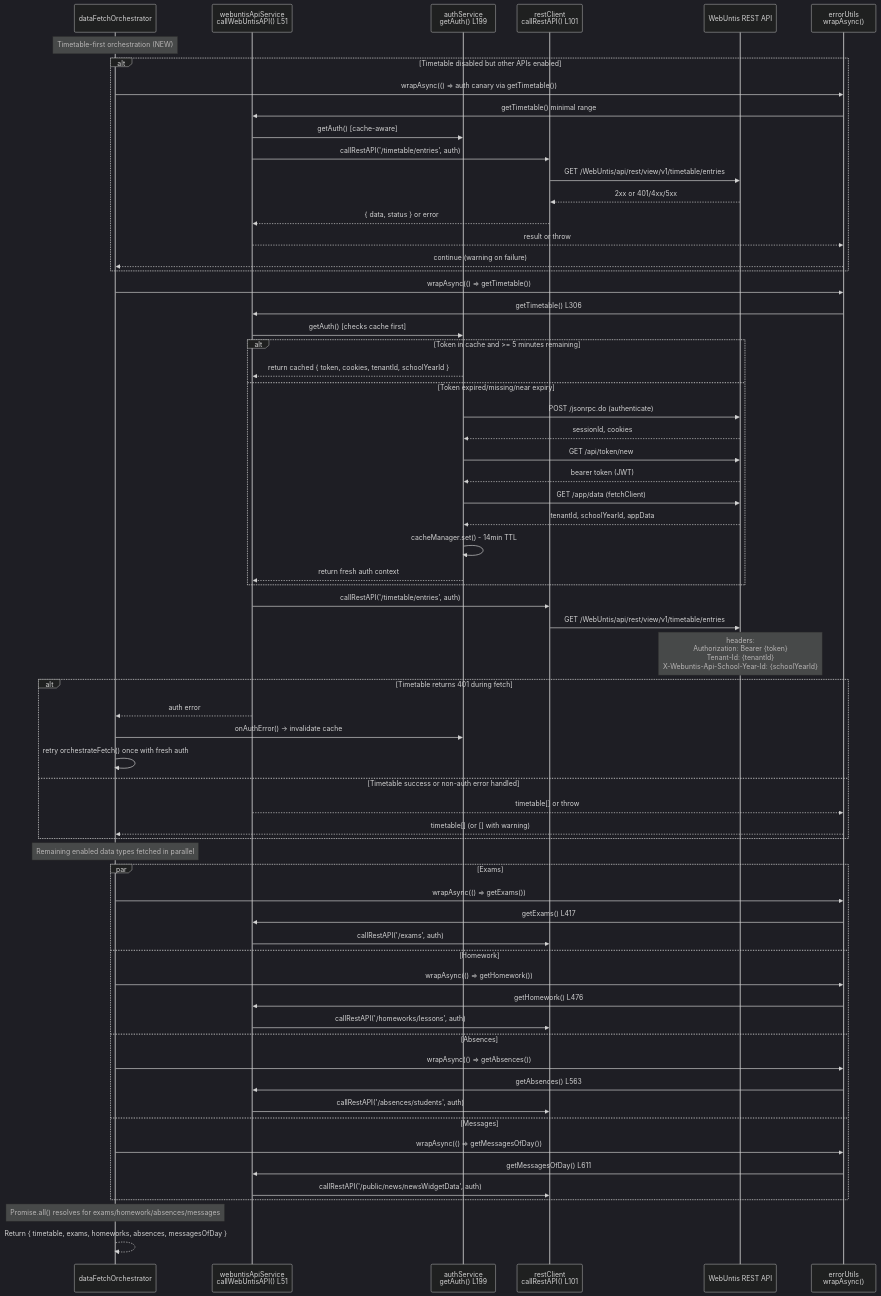
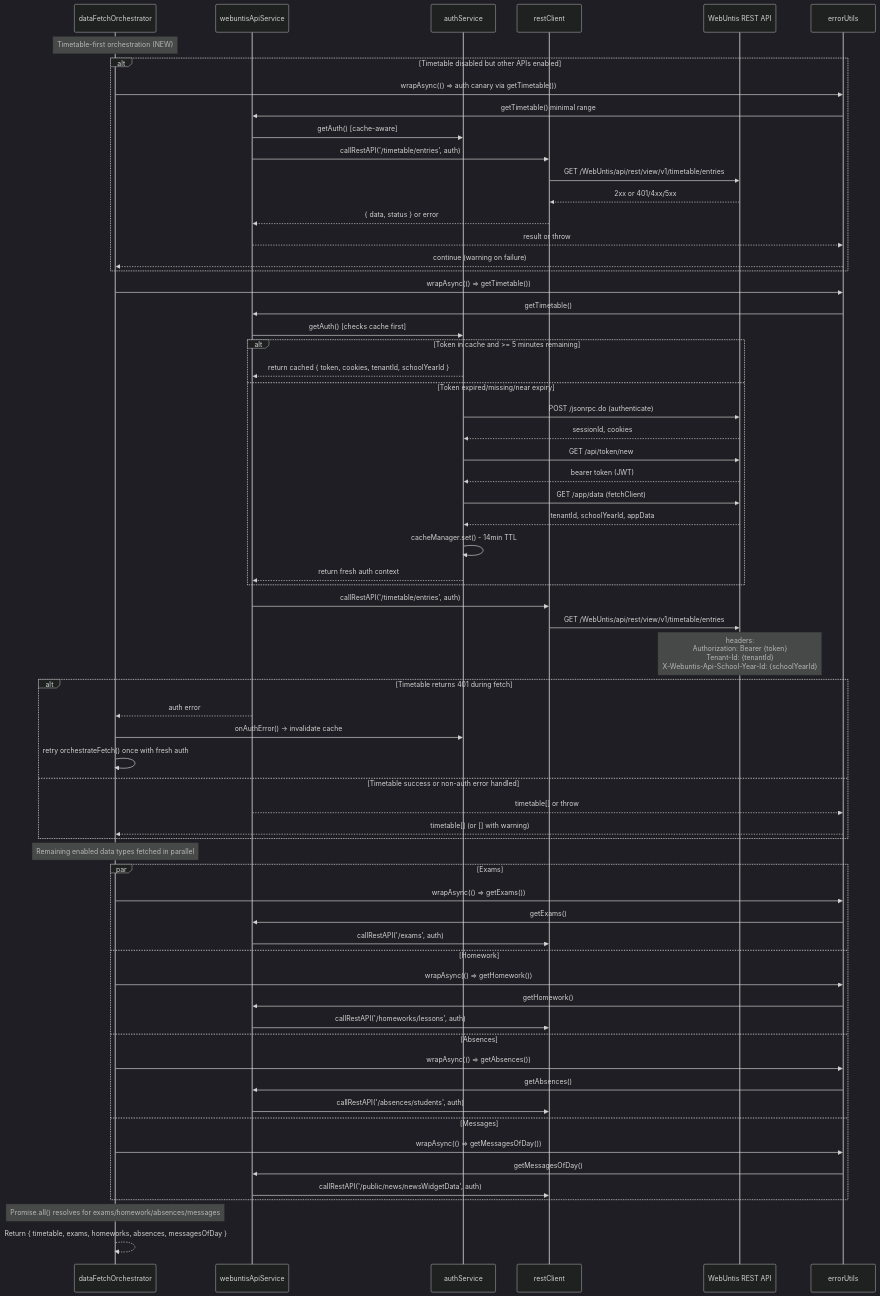
One commit to HeikoGr/MMM-Webuntis changed the sixth of 13 diagrams in docs/ARCHITECTURE.md. Above: the diagram before and after it, drawn with Mermaid (dark theme). The commit also changed other lines of this file and 41 other files, not shown here.

````diff
--- a/docs/ARCHITECTURE.md
+++ b/docs/ARCHITECTURE.md
@@ -585,75 +582,75 @@
 ```mermaid
 sequenceDiagram
     participant Orch as dataFetchOrchestrator
-    participant API as webuntisApiService<br/>callWebUntisAPI() L51
-    participant Auth as authService<br/>getAuth() L199
-    participant RC as restClient<br/>callRestAPI() L101
+    participant API as webuntisApiService
+    participant Auth as authService
+    participant RC as restClient
     participant REST as WebUntis REST API
-    participant ErrUtils as errorUtils<br/>wrapAsync()
+    participant ErrUtils as errorUtils
 
     Note over Orch: Timetable-first orchestration (NEW)
 
     alt Timetable disabled but other APIs enabled
         Orch->>ErrUtils: wrapAsync(() => auth canary via getTimetable())
         ErrUtils->>API: getTimetable() minimal range
         API->>Auth: getAuth() [cache-aware]
         API->>RC: callRestAPI('/timetable/entries', auth)
         RC->>REST: GET /WebUntis/api/rest/view/v1/timetable/entries
         REST-->>RC: 2xx or 401/4xx/5xx
         RC-->>API: { data, status } or error
         API-->>ErrUtils: result or throw
         ErrUtils-->>Orch: continue (warning on failure)
     end
 
     Orch->>ErrUtils: wrapAsync(() => getTimetable())
-    ErrUtils->>API: getTimetable() L306
+    ErrUtils->>API: getTimetable()
     API->>Auth: getAuth() [checks cache first]
 
     alt Token in cache and >= 5 minutes remaining
         Auth-->>API: return cached { token, cookies, tenantId, schoolYearId }
     else Token expired/missing/near expiry
         Auth->>REST: POST /jsonrpc.do (authenticate)
         REST-->>Auth: sessionId, cookies
         Auth->>REST: GET /api/token/new
         REST-->>Auth: bearer token (JWT)
         Auth->>REST: GET /app/data (fetchClient)
         REST-->>Auth: tenantId, schoolYearId, appData
         Auth->>Auth: cacheManager.set() - 14min TTL
         Auth-->>API: return fresh auth context
     end
 
     API->>RC: callRestAPI('/timetable/entries', auth)
     RC->>REST: GET /WebUntis/api/rest/view/v1/timetable/entries
     Note over REST: headers:<br/>Authorization: Bearer {token}<br/>Tenant-Id: {tenantId}<br/>X-Webuntis-Api-School-Year-Id: {schoolYearId}
 
     alt Timetable returns 401 during fetch
         API-->>Orch: auth error
         Orch->>Auth: onAuthError() -> invalidate cache
         Orch->>Orch: retry orchestrateFetch() once with fresh auth
     else Timetable success or non-auth error handled
         API-->>ErrUtils: timetable[] or throw
         ErrUtils-->>Orch: timetable[] (or [] with warning)
     end
 
     Note over Orch: Remaining enabled data types fetched in parallel
     par Exams
         Orch->>ErrUtils: wrapAsync(() => getExams())
-        ErrUtils->>API: getExams() L417
+        ErrUtils->>API: getExams()
         API->>RC: callRestAPI('/exams', auth)
     and Homework
         Orch->>ErrUtils: wrapAsync(() => getHomework())
-        ErrUtils->>API: getHomework() L476
+        ErrUtils->>API: getHomework()
         API->>RC: callRestAPI('/homeworks/lessons', auth)
     and Absences
         Orch->>ErrUtils: wrapAsync(() => getAbsences())
-        ErrUtils->>API: getAbsences() L563
+        ErrUtils->>API: getAbsences()
         API->>RC: callRestAPI('/absences/students', auth)
     and Messages
         Orch->>ErrUtils: wrapAsync(() => getMessagesOfDay())
-        ErrUtils->>API: getMessagesOfDay() L611
+        ErrUtils->>API: getMessagesOfDay()
         API->>RC: callRestAPI('/public/news/newsWidgetData', auth)
     end
 
     Note over Orch: Promise.all() resolves for exams/homework/absences/messages
     Orch-->>Orch: Return { timetable, exams, homeworks, absences, messagesOfDay }
 ```
````
